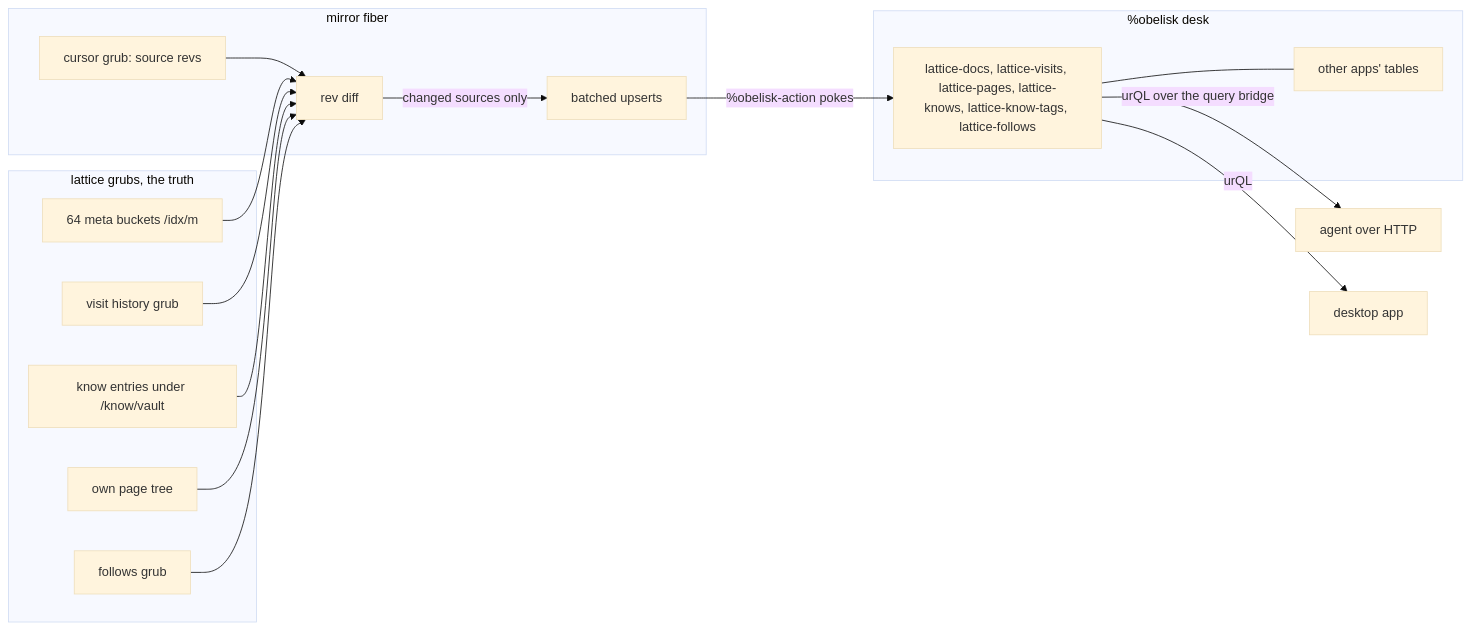
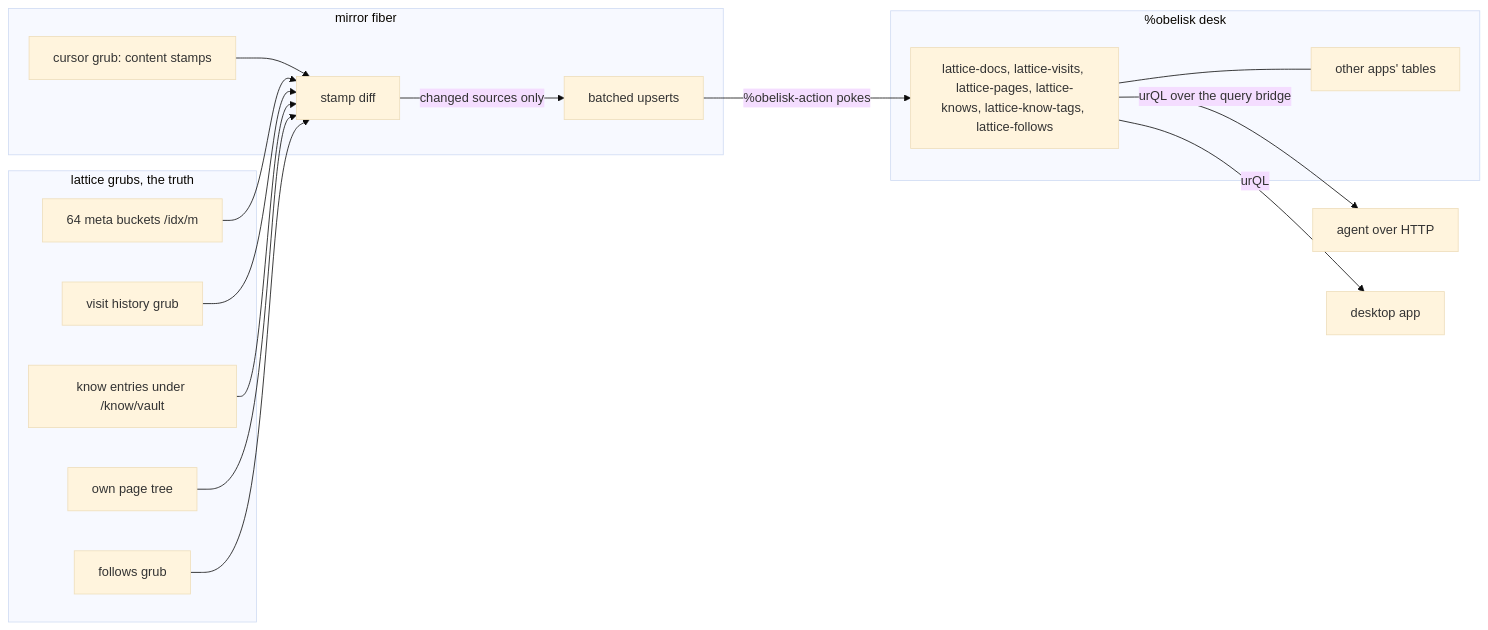
The first of 2 diagrams in docs/obelisk-mirror.md (nisfeb/lattice), drawn with Mermaid (base theme) before and after one commit. The commit also changed other lines of this file and 3 other files, not shown here.

````diff
--- a/docs/obelisk-mirror.md
+++ b/docs/obelisk-mirror.md
@@ -43,27 +43,27 @@
 ```mermaid
 flowchart LR
     subgraph lattice [lattice grubs, the truth]
         M[64 meta buckets /idx/m]
         H[visit history grub]
         K[know entries under /know/vault]
         P[own page tree]
         F[follows grub]
     end
     subgraph mirror [mirror fiber]
-        C[cursor grub: source revs] --> R[rev diff]
+        C[cursor grub: content stamps] --> R[stamp diff]
         R -->|changed sources only| U[batched upserts]
     end
     subgraph obelisk [%obelisk desk]
         T[lattice-docs, lattice-visits, lattice-pages, lattice-knows, lattice-know-tags, lattice-follows]
         O[other apps' tables]
     end
     M --> R
     H --> R
     K --> R
     P --> R
     F --> R
     U -->|%obelisk-action pokes| T
     T --- O
     T -->|urQL over the query bridge| A[agent over HTTP]
     T -->|urQL| D[desktop app]
 ```
````
